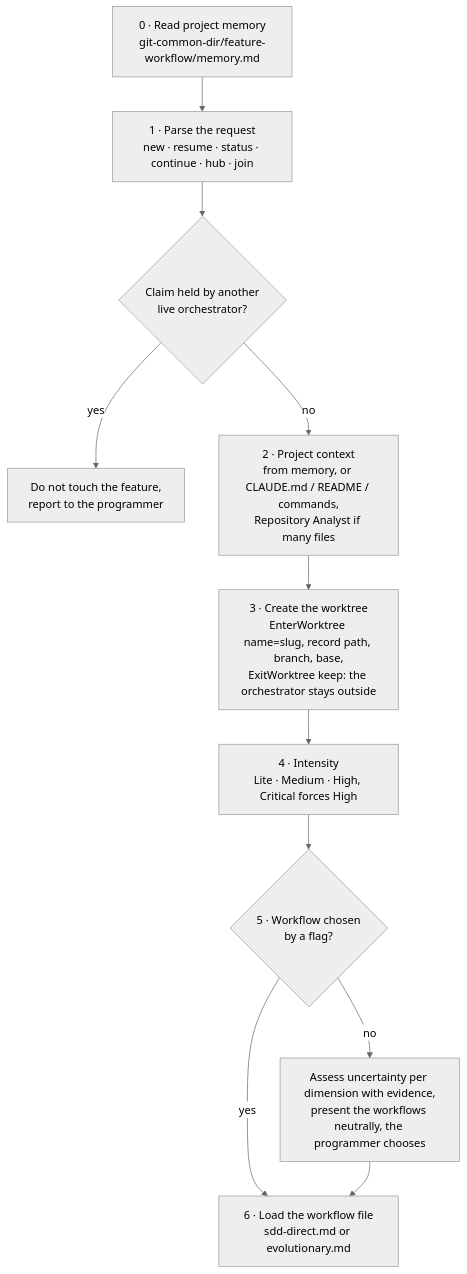
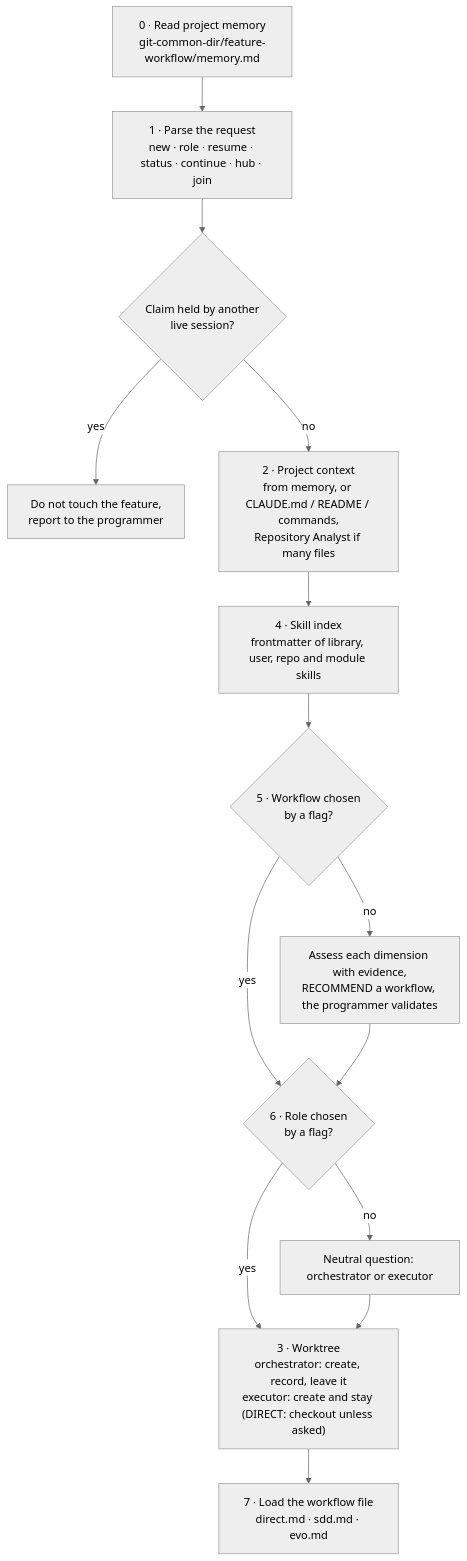
Before and after one commit to mariopedemonte12/claude-feature-workflow: the third of 12 diagrams in docs/architecture.md, drawn with Mermaid (neutral theme). The commit also changed other lines of this file and 49 other files, not shown here.

First line of the commit message:
Separate workflow from session role: DIRECT, SDD, EVO × orchestrator or executor

````diff
--- a/docs/architecture.md
+++ b/docs/architecture.md
@@ -121,13 +121,16 @@
 ```mermaid
 flowchart TB
-    S0["0 · Read project memory<br/>git-common-dir/feature-workflow/memory.md"] --> S1["1 · Parse the request<br/>new · resume · status · continue · hub · join"]
-    S1 --> CL{"Claim held by another<br/>live orchestrator?"}
+    S0["0 · Read project memory<br/>git-common-dir/feature-workflow/memory.md"] --> S1["1 · Parse the request<br/>new · role · resume · status · continue · hub · join"]
+    S1 --> CL{"Claim held by another<br/>live session?"}
     CL -->|"yes"| STOP["Do not touch the feature,<br/>report to the programmer"]
     CL -->|"no"| S2["2 · Project context<br/>from memory, or CLAUDE.md / README / commands,<br/>Repository Analyst if many files"]
-    S2 --> S3["3 · Create the worktree<br/>EnterWorktree name=slug, record path, branch, base,<br/>ExitWorktree keep: the orchestrator stays outside"]
-    S3 --> S4["4 · Intensity<br/>Lite · Medium · High, Critical forces High"]
+    S2 --> S4["4 · Skill index<br/>frontmatter of library, user, repo and module skills"]
     S4 --> S5{"5 · Workflow chosen<br/>by a flag?"}
-    S5 -->|"no"| S5b["Assess uncertainty per dimension with evidence,<br/>present the workflows neutrally, the programmer chooses"]
+    S5 -->|"no"| S5b["Assess each dimension with evidence,<br/>RECOMMEND a workflow, the programmer validates"]
     S5 -->|"yes"| S6
-    S5b --> S6["6 · Load the workflow file<br/>sdd-direct.md or evolutionary.md"]
+    S5b --> S6{"6 · Role chosen<br/>by a flag?"}
+    S6 -->|"no"| S6b["Neutral question: orchestrator or executor"]
+    S6 -->|"yes"| S3
+    S6b --> S3["3 · Worktree<br/>orchestrator: create, record, leave it<br/>executor: create and stay (DIRECT: checkout unless asked)"]
+    S3 --> S7["7 · Load the workflow file<br/>direct.md · sdd.md · evo.md"]
 ```
````
